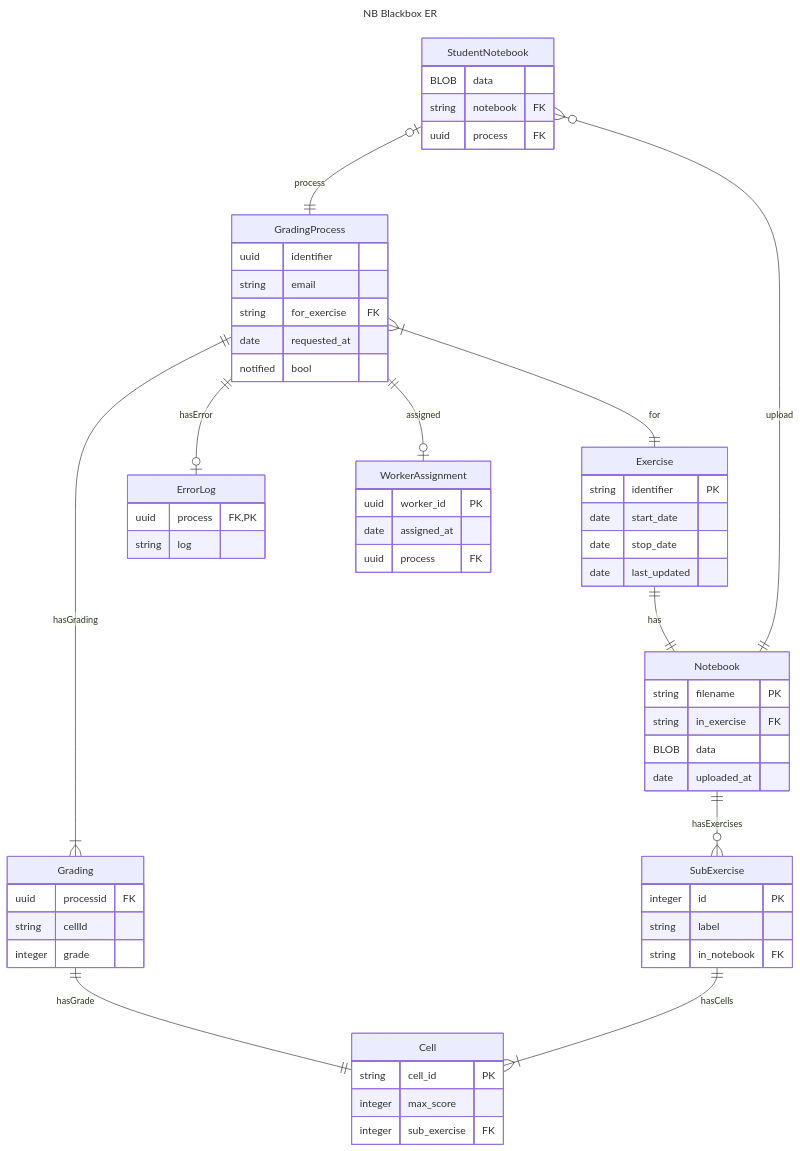
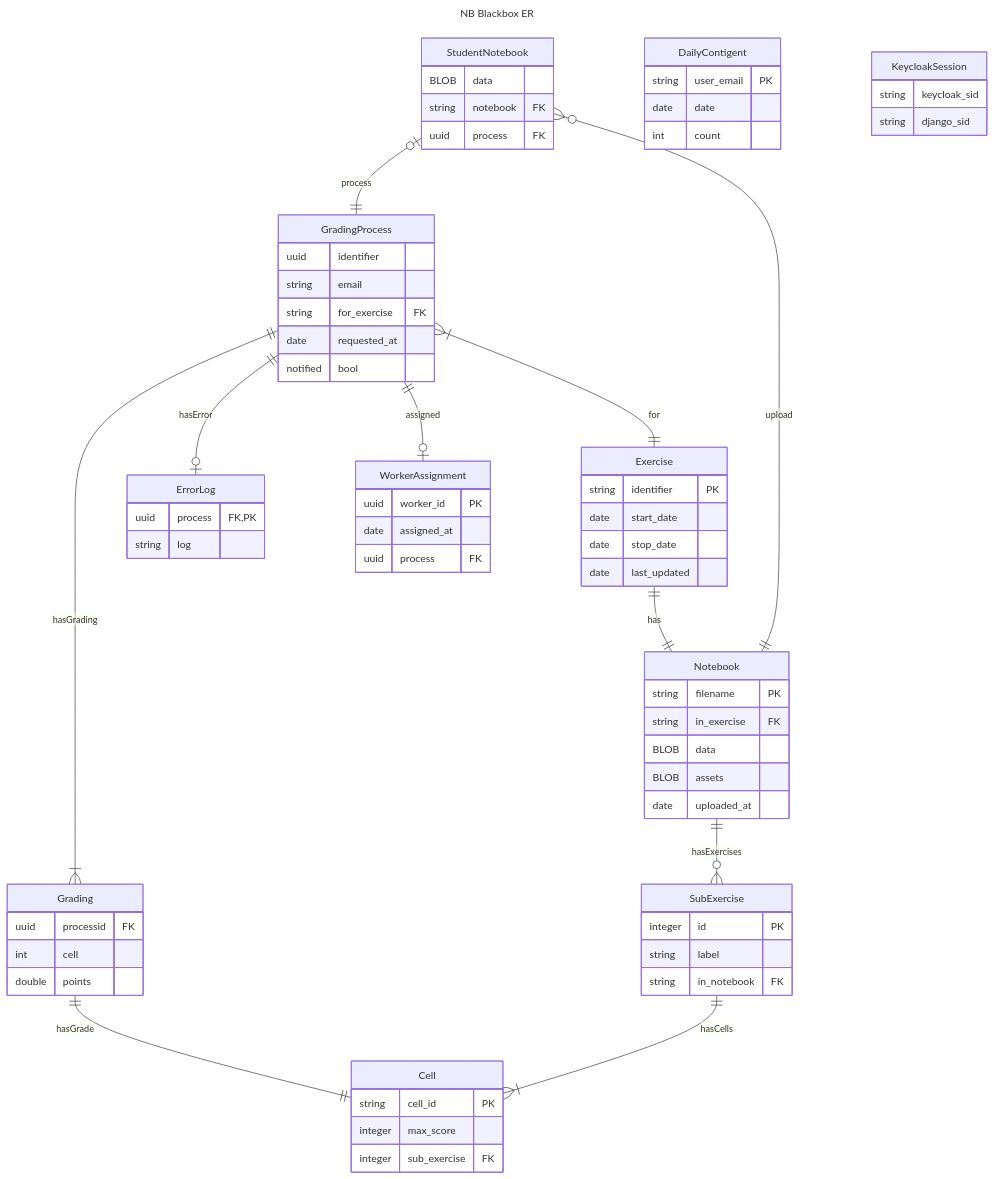
The diagram in datamodel.md (RWTH-DBIS/Ampelgrader), drawn with Mermaid before and after one commit. The commit also changed other lines of this file and 25 other files, not shown here.

```diff
--- a/datamodel.md
+++ b/datamodel.md
@@ -17,6 +17,7 @@
         string filename PK
         string in_exercise FK
         BLOB data
+        BLOB assets
         date uploaded_at
     }
     
@@ -42,8 +43,8 @@
     
     Grading {
         uuid processid FK
-        string cellId
-        integer grade
+        int cell
+        double points
     }
     
     ErrorLog {
@@ -62,6 +63,17 @@
         string notebook FK
         uuid process FK
     }
+
+    DailyContigent {
+        string user_email PK
+        date date
+        int count
+    }
+
+    KeycloakSession {
+        string keycloak_sid
+        string django_sid
+    }
         
     Exercise ||--|| Notebook: has
     GradingProcess }|--|| Exercise: for
```
